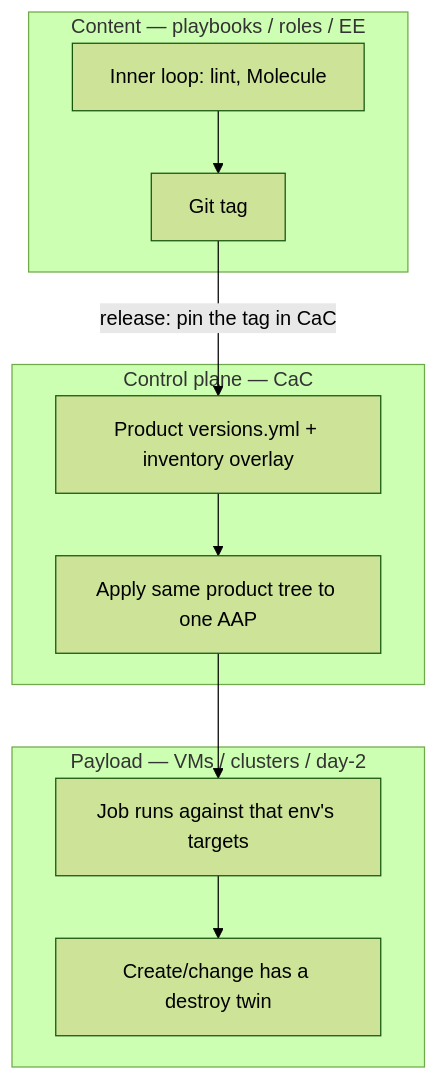
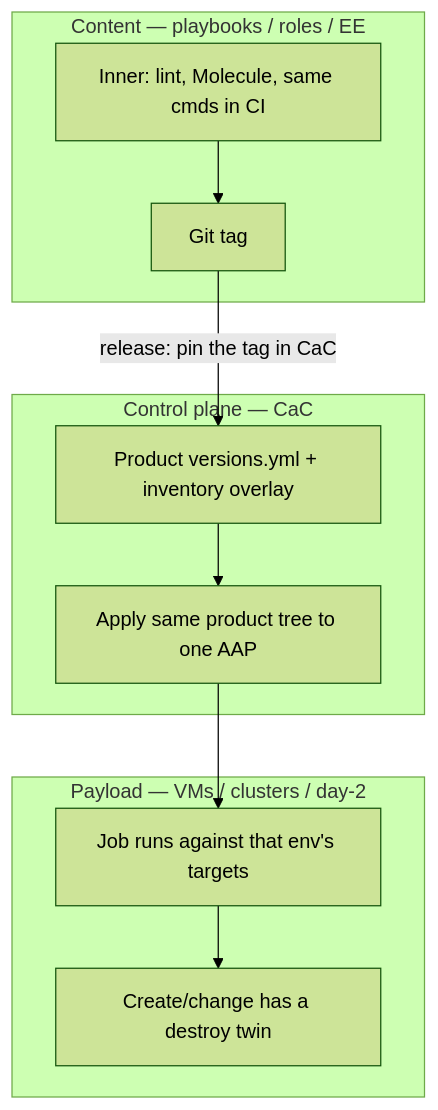
The diagram in devops/ansible/aap-sdlc/README.md (hhellbusch/my-ai-workspace), drawn with Mermaid (forest theme) before and after one commit. The commit also changed other lines of this file and 13 other files, not shown here.

````diff
--- a/devops/ansible/aap-sdlc/README.md
+++ b/devops/ansible/aap-sdlc/README.md
@@ -36,23 +36,23 @@
 ```mermaid
 flowchart TB
   subgraph content["Content — playbooks / roles / EE"]
-    inner["Inner loop: lint, Molecule"]
+    inner["Inner: lint, Molecule, same cmds in CI"]
     tag["Git tag"]
     inner --> tag
   end
 
   subgraph cac["Control plane — CaC"]
     pin["Product versions.yml + inventory overlay"]
     apply["Apply same product tree to one AAP"]
     pin --> apply
   end
 
   subgraph payload["Payload — VMs / clusters / day-2"]
     run["Job runs against that env's targets"]
     twin["Create/change has a destroy twin"]
     run --> twin
   end
 
   tag -->|"release: pin the tag in CaC"| pin
   apply --> run
 ```
````
